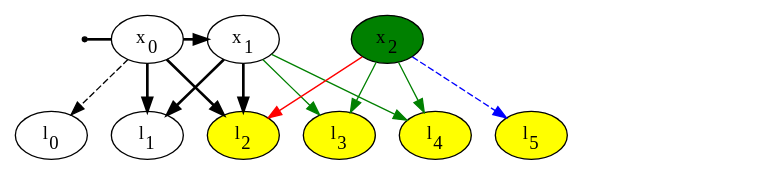
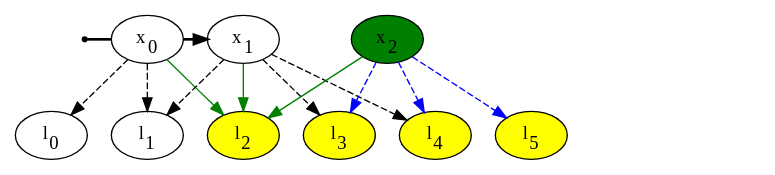
One commit to neufieldrobotics/simple_vslam changed the diagram in docs/gtsam_workflow_diagrams/gtsam_diagram_x2.dot. Above: the diagram before and after it, drawn with Graphviz. The commit also changed 6 other files, not shown here.

```diff
--- a/docs/gtsam_workflow_diagrams/gtsam_diagram_x2.dot
+++ b/docs/gtsam_workflow_diagrams/gtsam_diagram_x2.dot
@@ -1,49 +1,49 @@
 digraph G {
  concentrate=true;
 
   x0i[shape=point label=<x<SUB>0_initial</SUB>>]
   x0[label=<x<SUB>0</SUB>>, style=filled color=black fillcolor=white];
   x1[label=<x<SUB>1</SUB>>, style=filled color="black" fillcolor=white];
   x2[label=<x<SUB>2</SUB>>, style=filled color="black" fillcolor=green]
   x3[label=<x<SUB>3</SUB>> style=invis]
 
   l0[label=<l<SUB>0</SUB>> style="filled" color="black" fillcolor="white"]
   l1[label=<l<SUB>1</SUB>> style="filled" color="black" fillcolor="white"]
   l2[label=<l<SUB>2</SUB>> style="filled" color="black" fillcolor="yellow"]
   l3[label=<l<SUB>3</SUB>> style="filled" color="black" fillcolor="yellow"]
   l4[label=<l<SUB>4</SUB>> style="filled" color="black" fillcolor="yellow"]
   l5[label=<l<SUB>5</SUB>> style="filled" color="black" fillcolor="yellow"]
   l6[label=<l<SUB>6</SUB>> style=invis]
   l7[label=<l<SUB>7</SUB>> style=invis]
 
 
   edge  [style=bold, fontname="Arial" weight=1]
 
   x0i -> x0 [arrowhead=none constraint=false]
   
   x0 -> x1 [color=black constraint=false];
 
   x0 -> l0 [style=dashed color=black]
 
-  x0 -> l1 [color=black]
-  x0 -> l2 [color=black]
+  x0 -> l1 [style=dashed color=black]
+  x0 -> l2 [style=filled color=green]
 
-  x1 -> l1 [color=black]
-  x1 -> l2 [color=black]
+  x1 -> l1 [style=dashed color=black]
+  x1 -> l2 [style=filled color=green]
 
-  x1 -> l3 [style=filled color=green]
-  x1 -> l4 [style=filled color=green]
+  x1 -> l3 [style=dashed color=black]
+  x1 -> l4 [style=dashed color=black]
 
-  x2 -> l2 [style=filled color=red]
-  x2 -> l3 [style=filled color=green]
-  x2 -> l4 [style=filled color=green]
+  x2 -> l2 [style=filled color=green]
+  x2 -> l3 [style=dashed color=blue]
+  x2 -> l4 [style=dashed color=blue]
 
   x2 -> l5 [style=dashed color=blue]
 
   x3 -> l4 [style=invis]
   x3 -> l5 [style=invis]
 
   x3 -> l6 [style=invis]
   x3 -> l7 [style=invis]
 
 }
```
